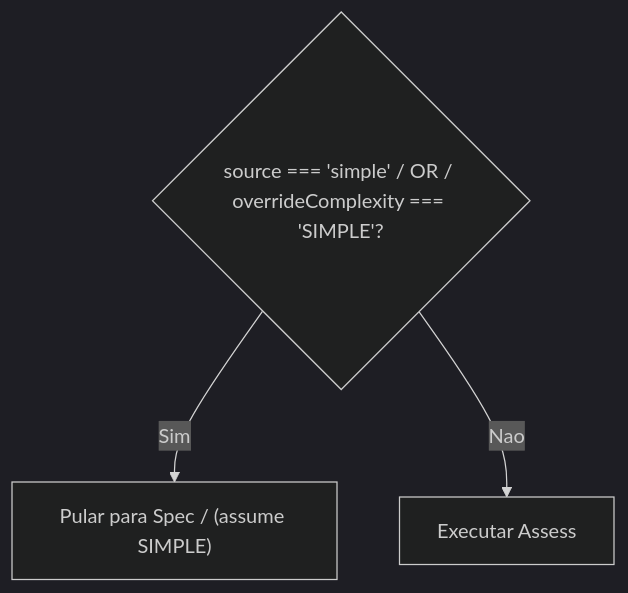
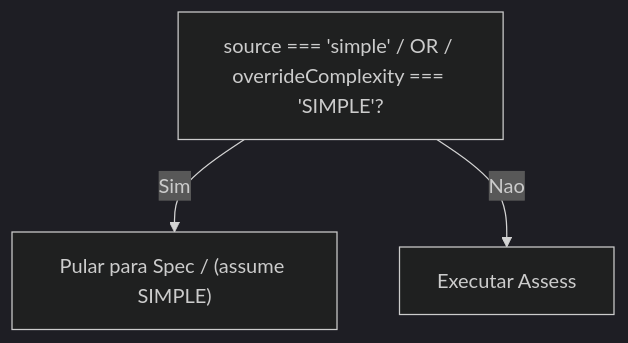
One commit to bychrisr/aios-docs changed diagram 12 of 17 in content/en/docs/guides/workflows/SPEC-PIPELINE-WORKFLOW.mdx. Above: the diagram before and after it, drawn with Mermaid (dark theme). The commit also changed other lines of this file and 40 other files, not shown here.

````diff
--- a/content/en/docs/guides/workflows/SPEC-PIPELINE-WORKFLOW.mdx
+++ b/content/en/docs/guides/workflows/SPEC-PIPELINE-WORKFLOW.mdx
@@ -831,6 +831,6 @@
 ```mermaid
 flowchart TB
-    D1{"source === 'simple' / OR / overrideComplexity === 'SIMPLE'?"}
+    D1["source === 'simple' / OR / overrideComplexity === 'SIMPLE'?"]
     D1 -->|Sim| SKIP["Pular para Spec / (assume SIMPLE)"]
     D1 -->|Nao| RUN["Executar Assess"]
 ```
````
